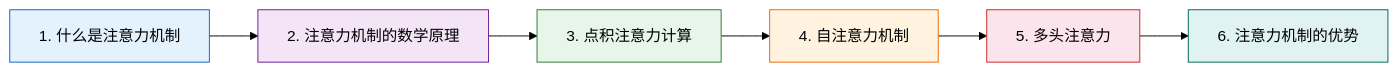
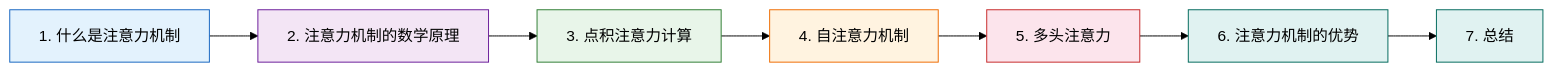
Before and after one commit to Zheng-Enci/Knoweledges: the first of 4 diagrams in 一起学Transformer/03-注意力机制基础.md, drawn with Mermaid (forest theme).

Commit message:
章节路线图添加第七章总结

````diff
--- a/一起学Transformer/03-注意力机制基础.md
+++ b/一起学Transformer/03-注意力机制基础.md
@@ -7,15 +7,16 @@
 ```mermaid
 flowchart LR
     A["1. 什么是注意力机制"]:::concept --> B["2. 注意力机制的数学原理"]:::math
     B --> C["3. 点积注意力计算"]:::calc
     C --> D["4. 自注意力机制"]:::mechanism
     D --> E["5. 多头注意力"]:::advanced
     E --> F["6. 注意力机制的优势"]:::summary
+    F --> G["7. 总结"]:::summary
 
     classDef concept fill:#e3f2fd,stroke:#1565c0
     classDef math fill:#f3e5f5,stroke:#6a1b9a
     classDef calc fill:#e8f5e9,stroke:#2e7d32
     classDef mechanism fill:#fff3e0,stroke:#ef6c00
     classDef advanced fill:#fce4ec,stroke:#c62828
     classDef summary fill:#e0f2f1,stroke:#00695c
 ```
````
